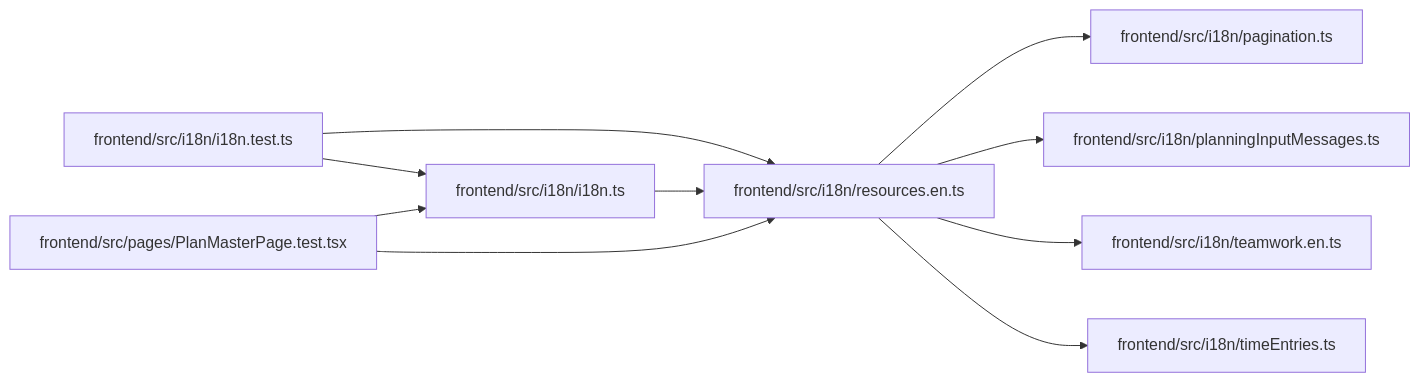
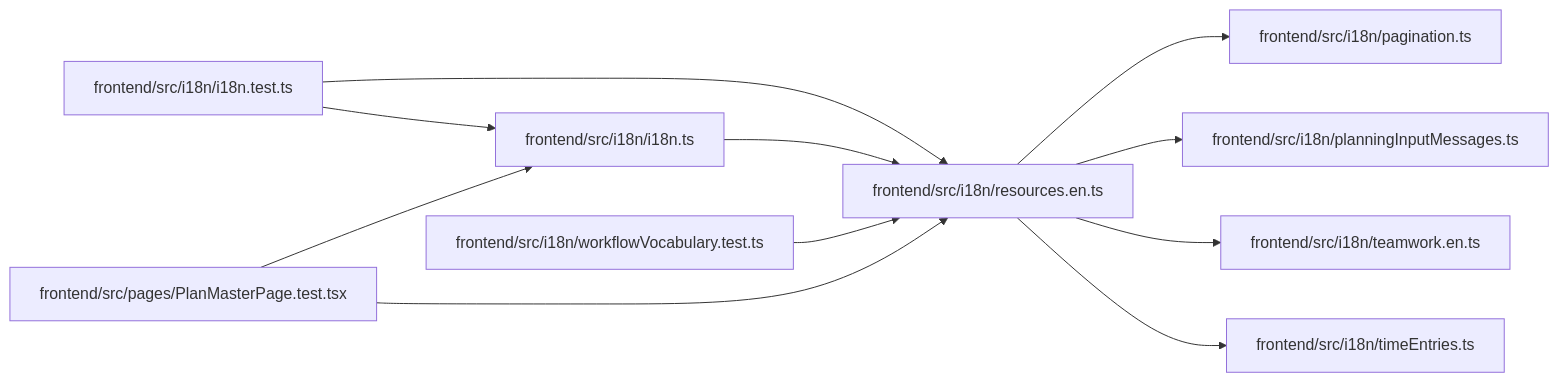
The diagram in docs/llm_wiki/modules/resources.en.md (Denissvgn/WorkChord), drawn with Mermaid before and after one commit. The commit also changed other lines of this file and 469 other files, not shown here.

````diff
--- a/docs/llm_wiki/modules/resources.en.md
+++ b/docs/llm_wiki/modules/resources.en.md
@@ -28,28 +28,31 @@
 ```mermaid
 flowchart LR
     n0["frontend/src/i18n/i18n.test.ts"]
     n1["frontend/src/i18n/i18n.ts"]
     n2["frontend/src/i18n/pagination.ts"]
     n3["frontend/src/i18n/planningInputMessages.ts"]
     n4["frontend/src/i18n/resources.en.ts"]
     n5["frontend/src/i18n/teamwork.en.ts"]
     n6["frontend/src/i18n/timeEntries.ts"]
-    n7["frontend/src/pages/PlanMasterPage.test.tsx"]
+    n7["frontend/src/i18n/workflowVocabulary.test.ts"]
+    n8["frontend/src/pages/PlanMasterPage.test.tsx"]
     n0 --> n1
     n0 --> n4
     n1 --> n4
     n4 --> n2
     n4 --> n3
     n4 --> n5
     n4 --> n6
-    n7 --> n1
     n7 --> n4
+    n8 --> n1
+    n8 --> n4
     click n0 "../modules/i18n.test.md"
     click n1 "../modules/i18n.md"
     click n2 "../modules/pagination.md"
     click n3 "../modules/planningInputMessages.md"
     click n4 "../modules/resources.en.md"
     click n5 "../modules/teamwork.en.md"
     click n6 "../modules/timeEntries.md"
-    click n7 "../modules/PlanMasterPage.test.md"
+    click n7 "../modules/workflowVocabulary.test.md"
+    click n8 "../modules/PlanMasterPage.test.md"
 ```
````
